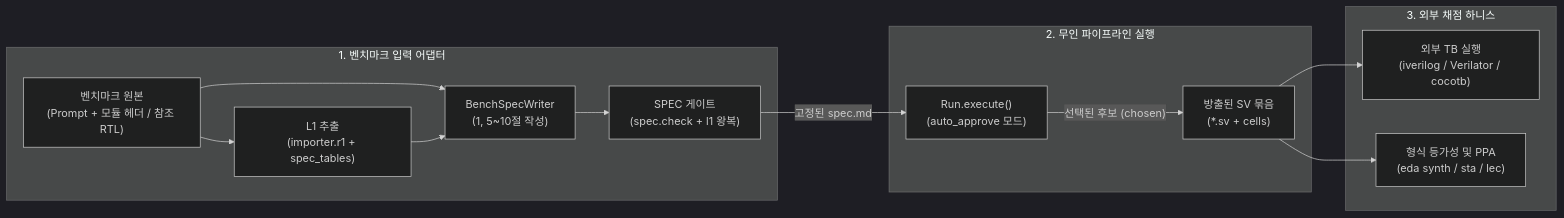
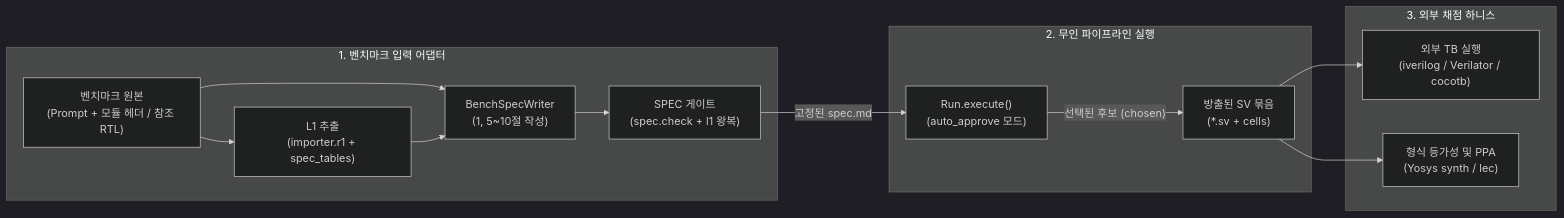
One commit to lee30806/rtl-factory changed the first of 2 diagrams in BENCHMARK_PLAN.md. Above: the diagram before and after it, drawn with Mermaid (dark theme). The commit also changed other lines of this file and 4 other files, not shown here.

First line of the commit message:
문서 참조 정리: ARCHITECTURE, IMPLEMENTATION, P8a pilot 복사와 경로 수정

````diff
--- a/BENCHMARK_PLAN.md
+++ b/BENCHMARK_PLAN.md
@@ -37,19 +37,19 @@
 ```mermaid
 flowchart LR
   subgraph Input["1. 벤치마크 입력 어댑터"]
     RAW["벤치마크 원본<br/>(Prompt + 모듈 헤더 / 참조 RTL)"] --> R1["L1 추출<br/>(importer.r1 + spec_tables)"]
     RAW --> CONV["BenchSpecWriter<br/>(1, 5~10절 작성)"]
     R1 --> CONV
     CONV --> GATE["SPEC 게이트<br/>(spec.check + l1 왕복)"]
   end
 
   subgraph Core["2. 무인 파이프라인 실행"]
     GATE -- "고정된 spec.md" --> RUN["Run.execute()<br/>(auto_approve 모드)"]
     RUN -- "선택된 후보 (chosen)" --> EMIT["방출된 SV 묶음<br/>(*.sv + cells)"]
   end
 
   subgraph Eval["3. 외부 채점 하니스"]
     EMIT --> TB["외부 TB 실행<br/>(iverilog / Verilator / cocotb)"]
-    EMIT --> LEC["형식 등가성 및 PPA<br/>(eda synth / sta / lec)"]
+    EMIT --> LEC["형식 등가성 및 PPA<br/>(Yosys synth / lec)"]
   end
 ```
````
